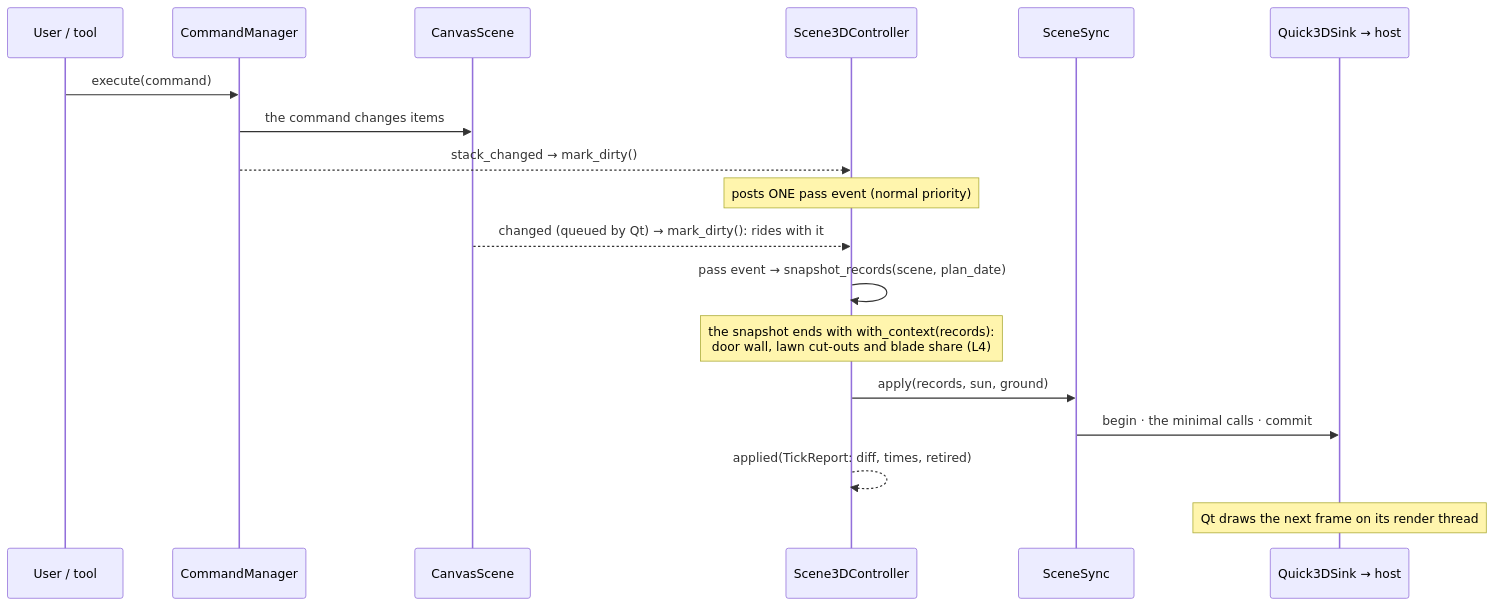
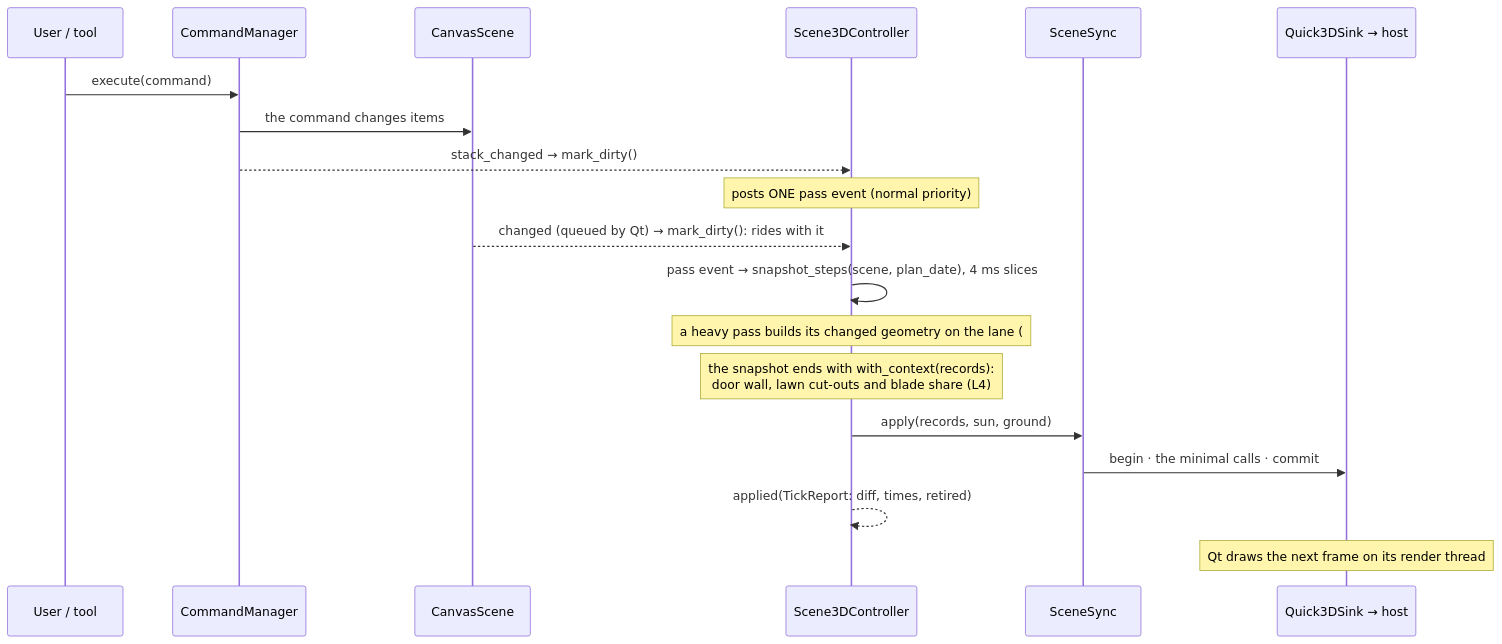
Before and after one commit to cofade/open-garden-planner: diagram 16 of 30 in docs/06-runtime-view/README.md, drawn with Mermaid. The commit also changed other lines of this file and 44 other files, not shown here.

First line of the commit message:
feat(#452): sliced whole-plan preparation, a geometry lane, and native triangulation (#676)

````diff
--- a/docs/06-runtime-view/README.md
+++ b/docs/06-runtime-view/README.md
@@ -451,20 +453,21 @@
 ```mermaid
 sequenceDiagram
     participant U as User / tool
     participant C as CommandManager
     participant S as CanvasScene
     participant K as Scene3DController
     participant Y as SceneSync
     participant E as Quick3DSink → host
     U->>C: execute(command)
     C->>S: the command changes items
     C-->>K: stack_changed → mark_dirty()
     Note over K: posts ONE pass event (normal priority)
     S-->>K: changed (queued by Qt) → mark_dirty(): rides with it
-    K->>K: pass event → snapshot_records(scene, plan_date)
+    K->>K: pass event → snapshot_steps(scene, plan_date), 4 ms slices
+    Note over K: a heavy pass builds its changed geometry on the lane (#452)
     Note over K: the snapshot ends with with_context(records):<br/>door wall, lawn cut-outs and blade share (L4)
     K->>Y: apply(records, sun, ground)
     Y->>E: begin · the minimal calls · commit
     K-->>K: applied(TickReport: diff, times, retired)
     Note over E: Qt draws the next frame on its render thread
 ```
````
